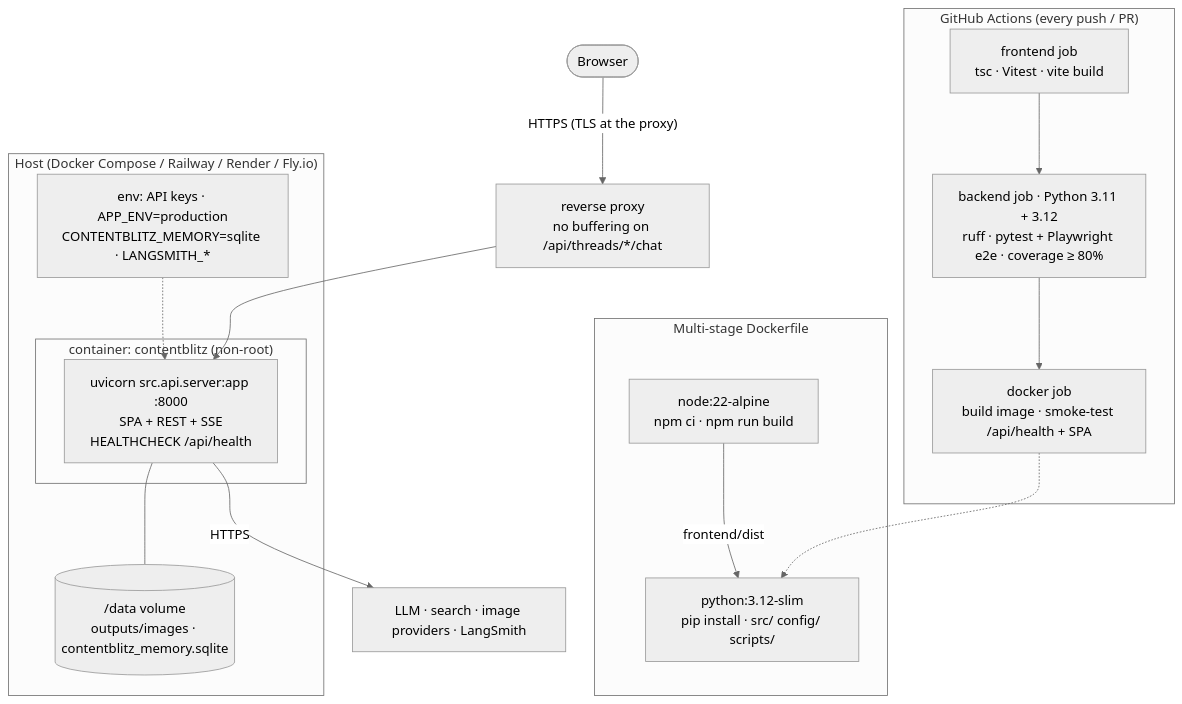
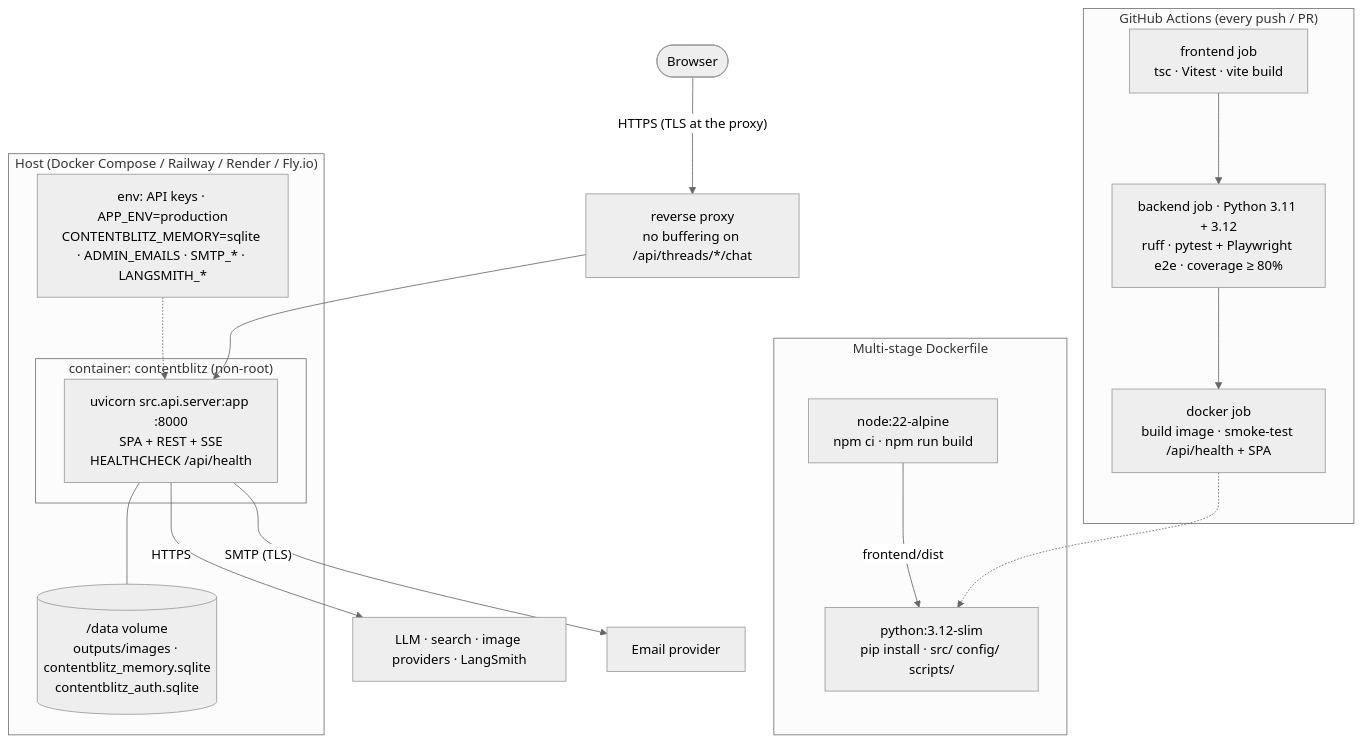
Before and after one commit to prasannakoppolu/contentblitz-ai-assistant: diagram 16 of 16 in docs/architecture.md, drawn with Mermaid (neutral theme). The commit also changed other lines of this file and 48 other files, not shown here.

````diff
--- a/docs/architecture.md
+++ b/docs/architecture.md
@@ -352,24 +391,25 @@
 ```mermaid
 flowchart TB
     subgraph ci ["GitHub Actions (every push / PR)"]
         fe["frontend job<br/>tsc · Vitest · vite build"] --> be["backend job · Python 3.11 + 3.12<br/>ruff · pytest + Playwright e2e · coverage ≥ 80%"] --> dk["docker job<br/>build image · smoke-test /api/health + SPA"]
     end
 
     subgraph build ["Multi-stage Dockerfile"]
         n["node:22-alpine<br/>npm ci · npm run build"] -- "frontend/dist" --> p["python:3.12-slim<br/>pip install · src/ config/ scripts/"]
     end
 
     subgraph host ["Host (Docker Compose / Railway / Render / Fly.io)"]
         subgraph c ["container: contentblitz (non-root)"]
             uv["uvicorn src.api.server:app :8000<br/>SPA + REST + SSE<br/>HEALTHCHECK /api/health"]
         end
-        vol[("/data volume<br/>outputs/images · contentblitz_memory.sqlite")]
-        env["env: API keys · APP_ENV=production<br/>CONTENTBLITZ_MEMORY=sqlite · LANGSMITH_*"]
+        vol[("/data volume<br/>outputs/images · contentblitz_memory.sqlite<br/>contentblitz_auth.sqlite")]
+        env["env: API keys · APP_ENV=production<br/>CONTENTBLITZ_MEMORY=sqlite · ADMIN_EMAILS · SMTP_* · LANGSMITH_*"]
         uv --- vol
         env -.-> uv
     end
 
     user(["Browser"]) -- "HTTPS (TLS at the proxy)" --> rp["reverse proxy<br/>no buffering on /api/threads/*/chat"] --> uv
     uv -- HTTPS --> prov["LLM · search · image providers · LangSmith"]
+    uv -- "SMTP (TLS)" --> mail["Email provider"]
     dk -.-> p
 ```
````
